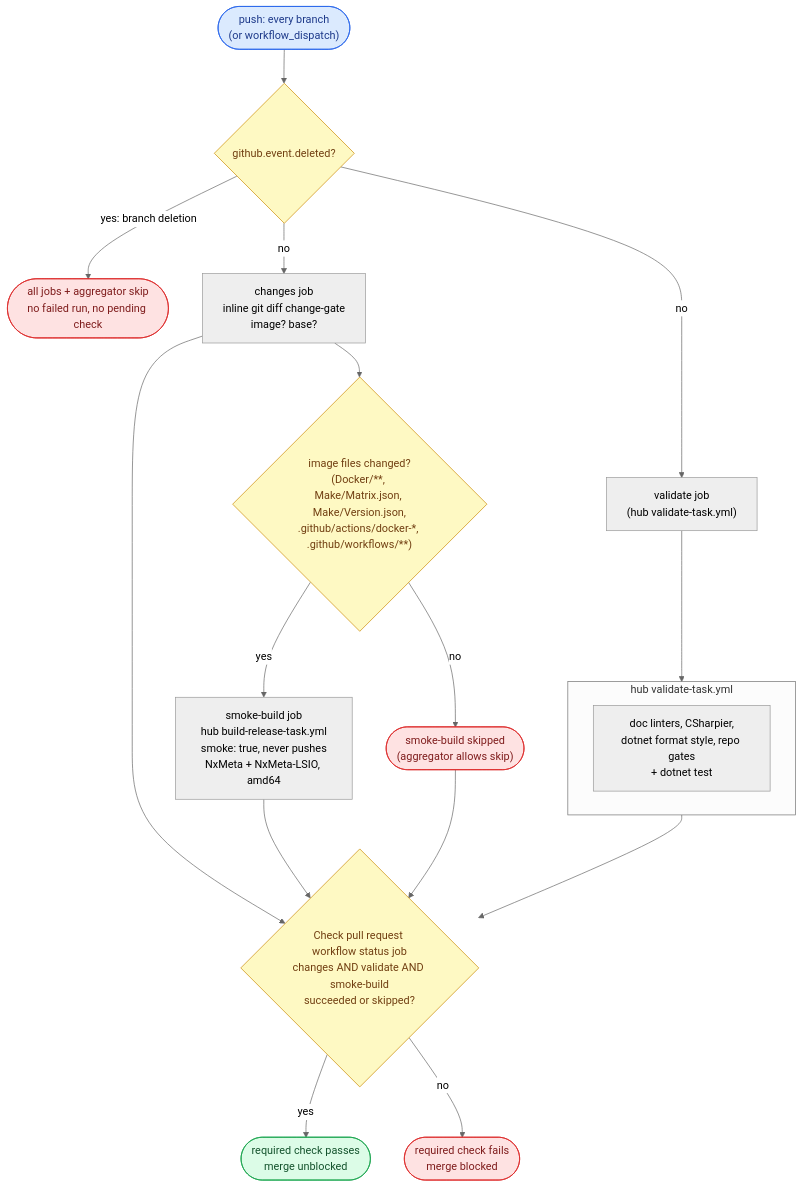
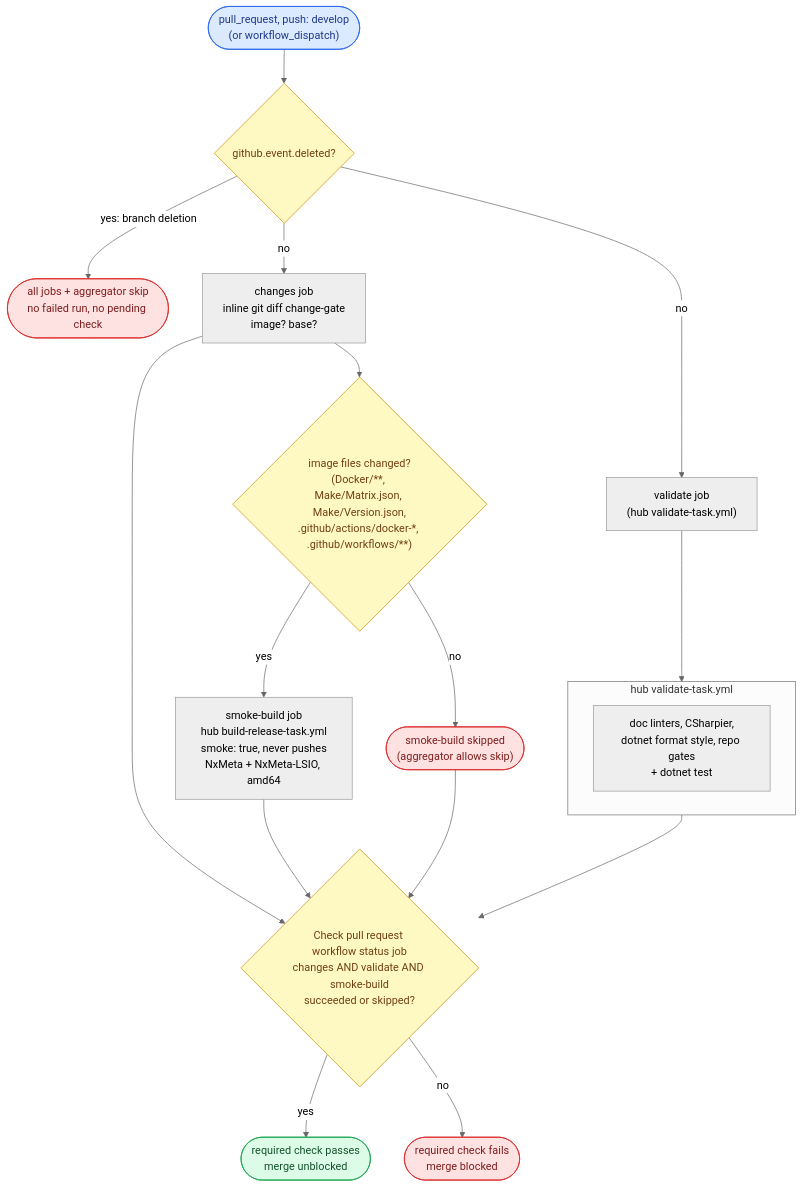
One commit to ptr727/NxWitness changed the first of 4 diagrams in WORKFLOW.md. Above: the diagram before and after it, drawn with Mermaid (neutral theme). The commit also changed other lines of this file and 3 other files, not shown here.

First line of the commit message:
Adopt the Hub's Pull-Request CI Trigger and Ref-Scoped Publisher Group

````diff
--- a/WORKFLOW.md
+++ b/WORKFLOW.md
@@ -245,26 +247,26 @@
 ```mermaid
 flowchart TD
-    T(["push: every branch<br/>(or workflow_dispatch)"]):::trig
+    T(["pull_request, push: develop<br/>(or workflow_dispatch)"]):::trig
     T --> D{"github.event.deleted?"}:::gate
     D -- "yes: branch deletion" --> X(["all jobs + aggregator skip<br/>no failed run, no pending check"]):::stop
     D -- "no" --> CH["changes job<br/>inline git diff change-gate<br/>image? base?"]
     D -- "no" --> V["validate job<br/>(hub validate-task.yml)"]
     subgraph VT ["hub validate-task.yml"]
         VU["doc linters, CSharpier,<br/>dotnet format style, repo gates<br/>+ dotnet test"]
     end
     V --> VT
     CH --> SG{"image files changed?<br/>(Docker/**, Make/Matrix.json, Make/Version.json,<br/>.github/actions/docker-*, .github/workflows/**)"}:::gate
     SG -- "no" --> SS(["smoke-build skipped<br/>(aggregator allows skip)"]):::stop
     SG -- "yes" --> S["smoke-build job<br/>hub build-release-task.yml<br/>smoke: true, never pushes<br/>NxMeta + NxMeta-LSIO, amd64"]
     CH --> A
     VT --> A
     S --> A
     SS --> A
     A{"Check pull request workflow status job<br/>changes AND validate AND smoke-build<br/>succeeded or skipped?"}:::gate
     A -- "yes" --> G(["required check passes<br/>merge unblocked"]):::pub
     A -- "no" --> R(["required check fails<br/>merge blocked"]):::stop
     classDef trig fill:#dbeafe,stroke:#2563eb,color:#1e3a8a
     classDef gate fill:#fef9c3,stroke:#ca8a04,color:#713f12
     classDef pub fill:#dcfce7,stroke:#16a34a,color:#14532d
     classDef stop fill:#fee2e2,stroke:#dc2626,color:#7f1d1d
 ```
````
